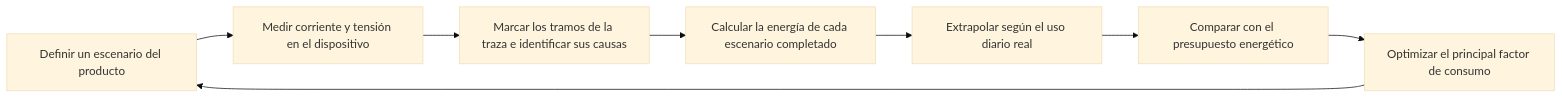
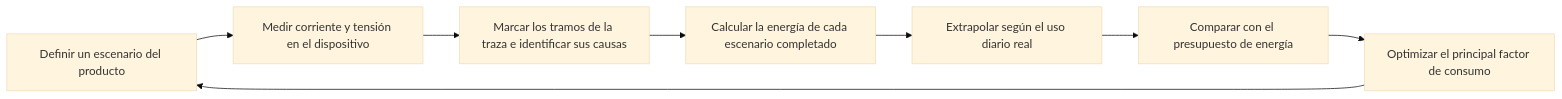
Before and after one commit to uForge-io/uforge-site: the third of 3 diagrams in docs_es/learn/bluetooth/bluetooth-low-power-profiling.md, drawn with Mermaid (base theme). The commit also changed other lines of this file and 500 other files, not shown here.

````diff
--- a/docs_es/learn/bluetooth/bluetooth-low-power-profiling.md
+++ b/docs_es/learn/bluetooth/bluetooth-low-power-profiling.md
@@ -253,10 +252,10 @@
 ```mermaid
 flowchart LR
     A["Definir un escenario del producto"] --> B["Medir corriente y tensión en el dispositivo"]
     B --> C["Marcar los tramos de la traza e identificar sus causas"]
     C --> D["Calcular la energía de cada escenario completado"]
     D --> E["Extrapolar según el uso diario real"]
-    E --> F["Comparar con el presupuesto energético"]
+    E --> F["Comparar con el presupuesto de energía"]
     F --> G["Optimizar el principal factor de consumo"]
     G --> A
 ```
````
